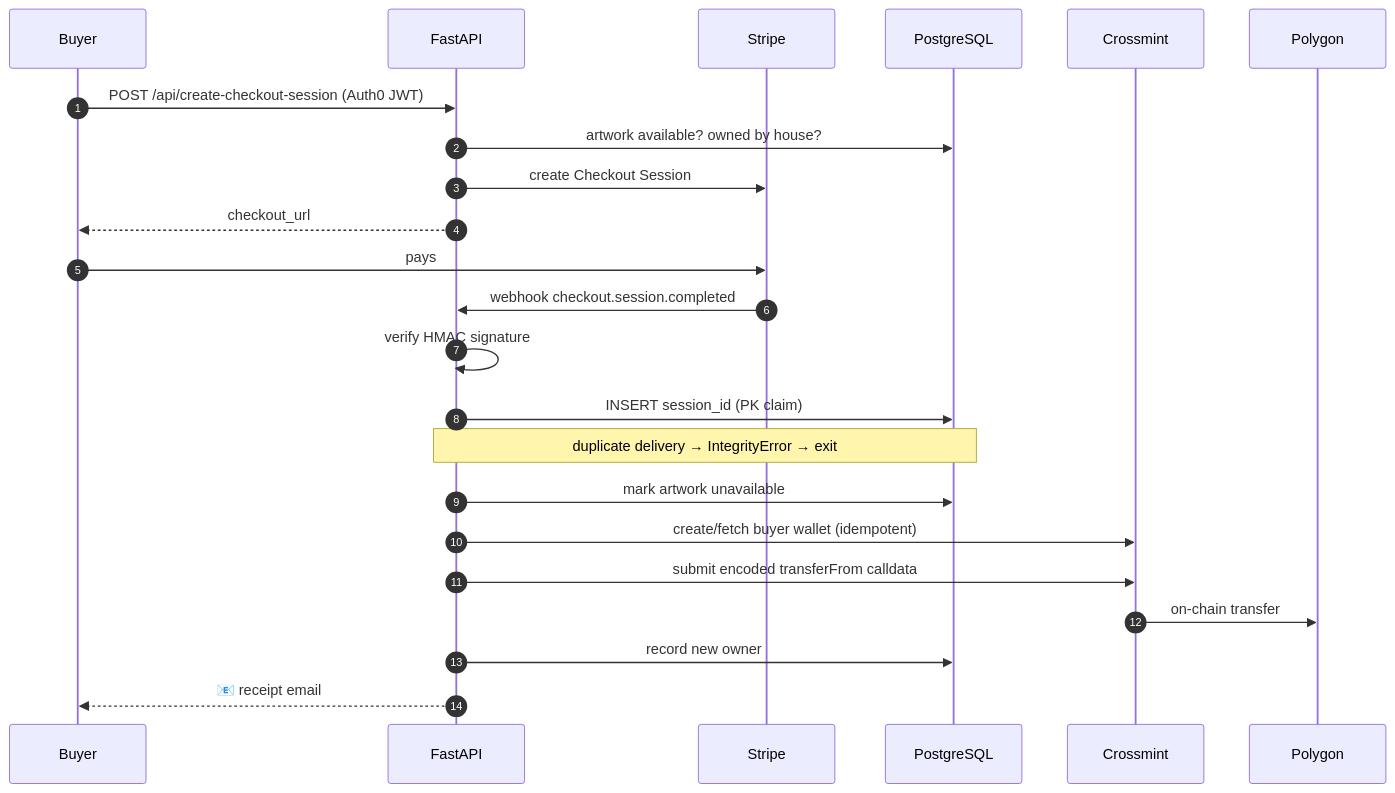
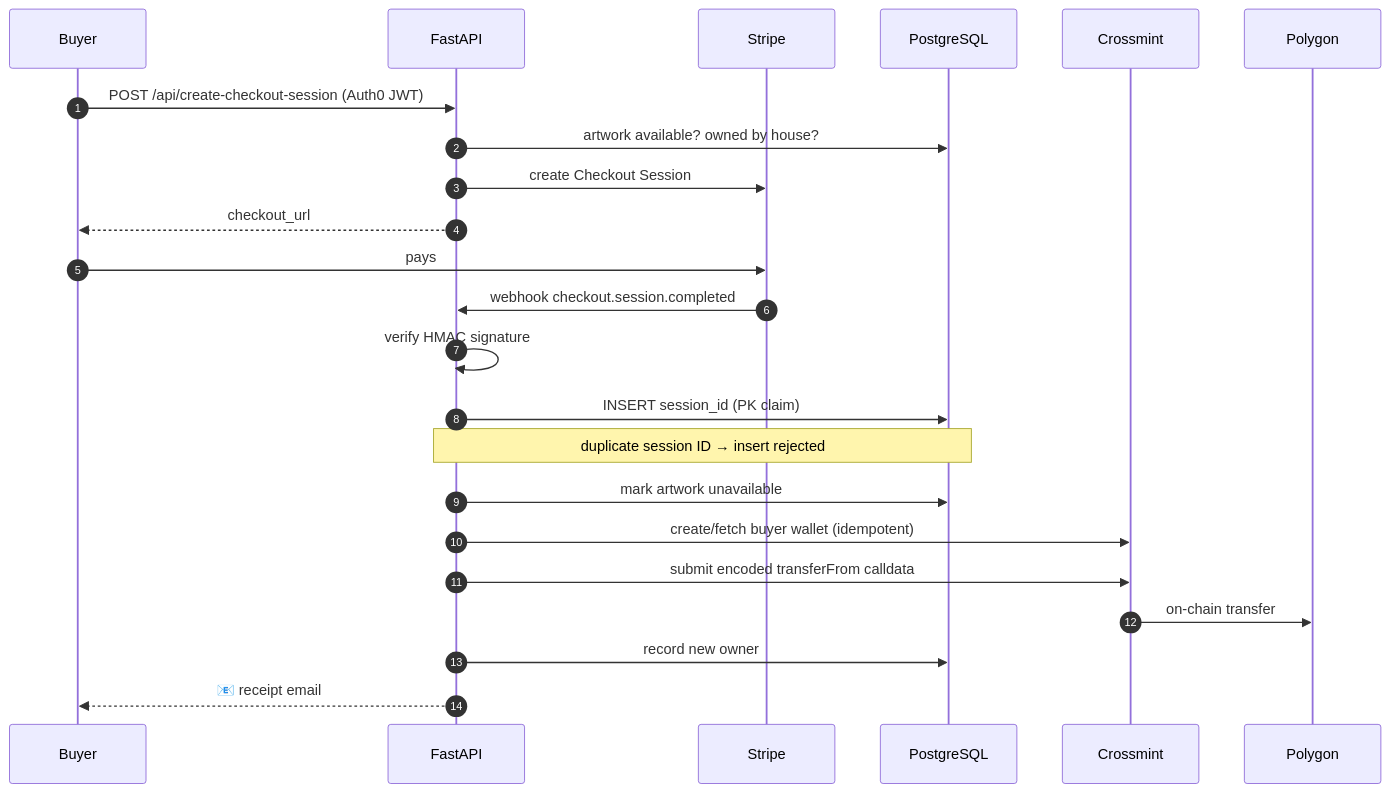
One commit to nftbyai-shop/backend changed the second of 3 diagrams in README.md. Above: the diagram before and after it, drawn with Mermaid. The commit also changed other lines of this file, not shown here.

Commit message:
docs: clarify payment fulfillment flow

````diff
--- a/README.md
+++ b/README.md
@@ -144,26 +129,26 @@
 ```mermaid
 sequenceDiagram
     autonumber
     participant U as Buyer
     participant API as FastAPI
     participant S as Stripe
     participant DB as PostgreSQL
     participant X as Crossmint
     participant P as Polygon
 
     U->>API: POST /api/create-checkout-session (Auth0 JWT)
     API->>DB: artwork available? owned by house?
     API->>S: create Checkout Session
     API-->>U: checkout_url
     U->>S: pays
     S->>API: webhook checkout.session.completed
     API->>API: verify HMAC signature
     API->>DB: INSERT session_id (PK claim)
-    Note over API,DB: duplicate delivery → IntegrityError → exit
+    Note over API,DB: duplicate session ID → insert rejected
     API->>DB: mark artwork unavailable
     API->>X: create/fetch buyer wallet (idempotent)
     API->>X: submit encoded transferFrom calldata
     X->>P: on-chain transfer
     API->>DB: record new owner
     API-->>U: 📧 receipt email
 ```
````
